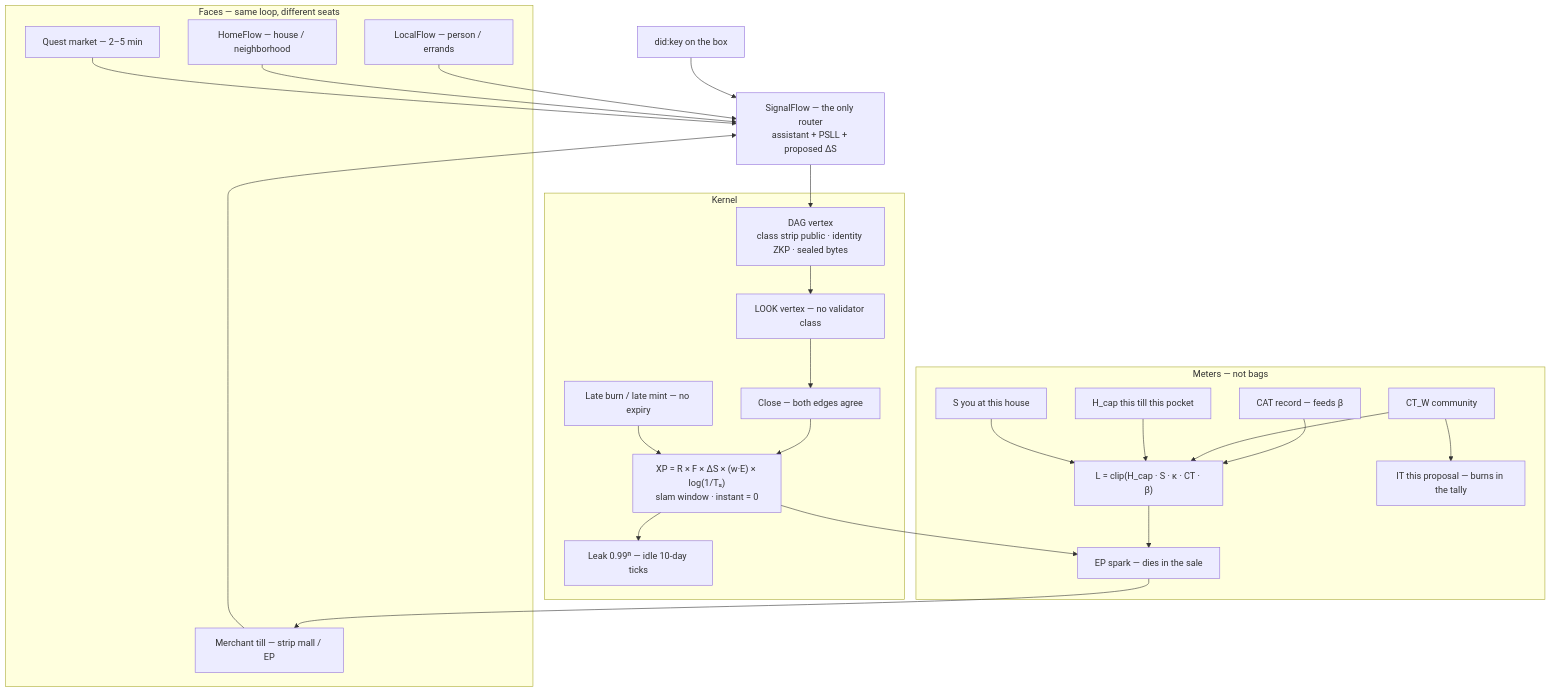
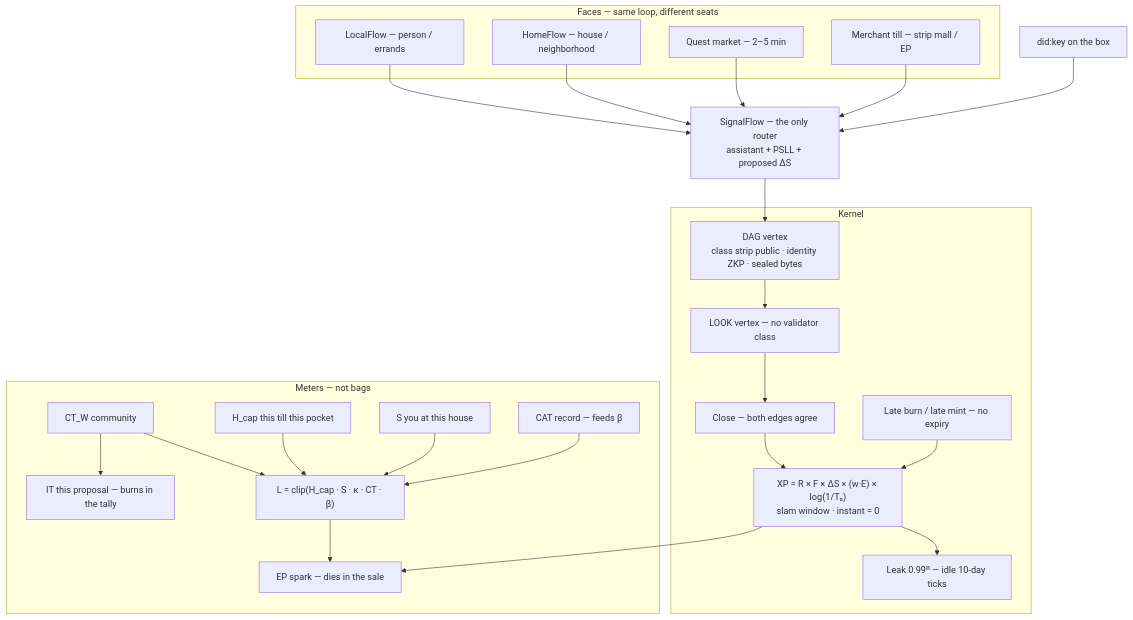
One commit to 00ranman/extropy-engine changed the diagram in docs/ARCHITECTURE.md. Above: the diagram before and after it, drawn with Mermaid. The commit also changed other lines of this file and 3 other files, not shown here.

First line of the commit message:
Lock the glance diagram.

````diff
--- a/docs/ARCHITECTURE.md
+++ b/docs/ARCHITECTURE.md
@@ -57,50 +60,49 @@
 ```mermaid
 flowchart TB
   subgraph faces["Faces — same loop, different seats"]
     LF["LocalFlow — person / errands"]
     HF["HomeFlow — house / neighborhood"]
     QM["Quest market — 2–5 min"]
     TILL["Merchant till — strip mall / EP"]
   end
 
   SF["SignalFlow — the only router\nassistant + PSLL + proposed ΔS"]
 
   subgraph kernel["Kernel"]
     DAG["DAG vertex\nclass strip public · identity ZKP · sealed bytes"]
     LOOK["LOOK vertex — no validator class"]
     CLOSE["Close — both edges agree"]
     XP["XP = R × F × ΔS × (w·E) × log(1/Tₛ)\nslam window · instant = 0"]
     LEAK["Leak 0.99ⁿ — idle 10-day ticks"]
     BURN["Late burn / late mint — no expiry"]
   end
 
   subgraph meters["Meters — not bags"]
     CT["CT_W community"]
     H["H_cap this till this pocket"]
     S["S you at this house"]
     L["L = clip(H_cap · S · κ · CT · β)"]
     EP["EP spark — dies in the sale"]
     IT["IT this proposal — burns in the tally"]
     CAT["CAT record — feeds β"]
   end
 
   DID["did:key on the box"] --> SF
   LF --> SF
   HF --> SF
   QM --> SF
   TILL --> SF
   SF --> DAG
   DAG --> LOOK
   LOOK --> CLOSE
   CLOSE --> XP
   XP --> LEAK
   BURN --> XP
   CAT --> L
   CT --> L
   H --> L
   S --> L
   XP --> EP
   L --> EP
-  EP --> TILL
   CT --> IT
 ```
````
